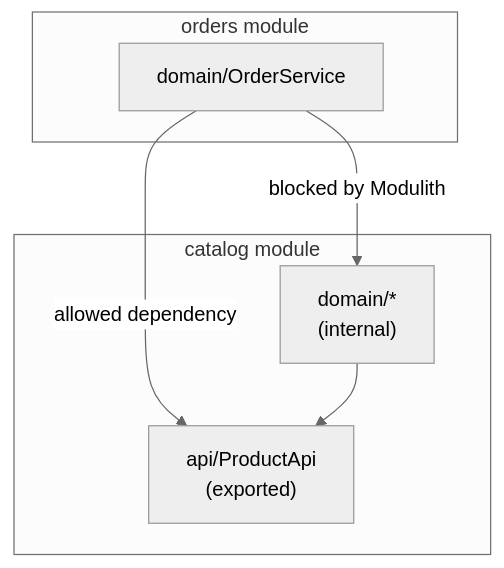
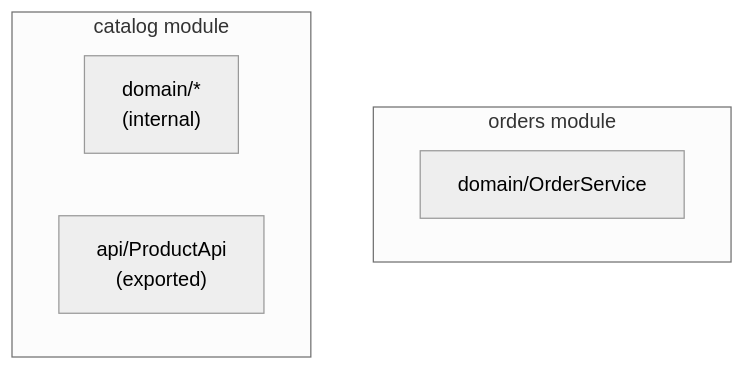
The second of 3 diagrams in docs/deepwiki/Spring-Modulith-Architecture.md (philipz/spring-modular-monolith), drawn with Mermaid (neutral theme) before and after one commit. The commit also changed other lines of this file and 32 other files, not shown here.

````diff
--- a/docs/deepwiki/Spring-Modulith-Architecture.md
+++ b/docs/deepwiki/Spring-Modulith-Architecture.md
@@ -126,20 +126,16 @@
 ```mermaid
 flowchart TD
 
 catalog_internal["domain/*<br>(internal)"]
 catalog_api["api/ProductApi<br>(exported)"]
 orders_service["domain/OrderService"]
-
-orders_service -->|"allowed dependency"| catalog_api
-orders_service -->|"blocked by Modulith"| catalog_internal
 
 subgraph subGraph1 ["orders module"]
     orders_service
 end
 
 subgraph subGraph0 ["catalog module"]
     catalog_internal
     catalog_api
-    catalog_internal --> catalog_api
 end
 ```
````
